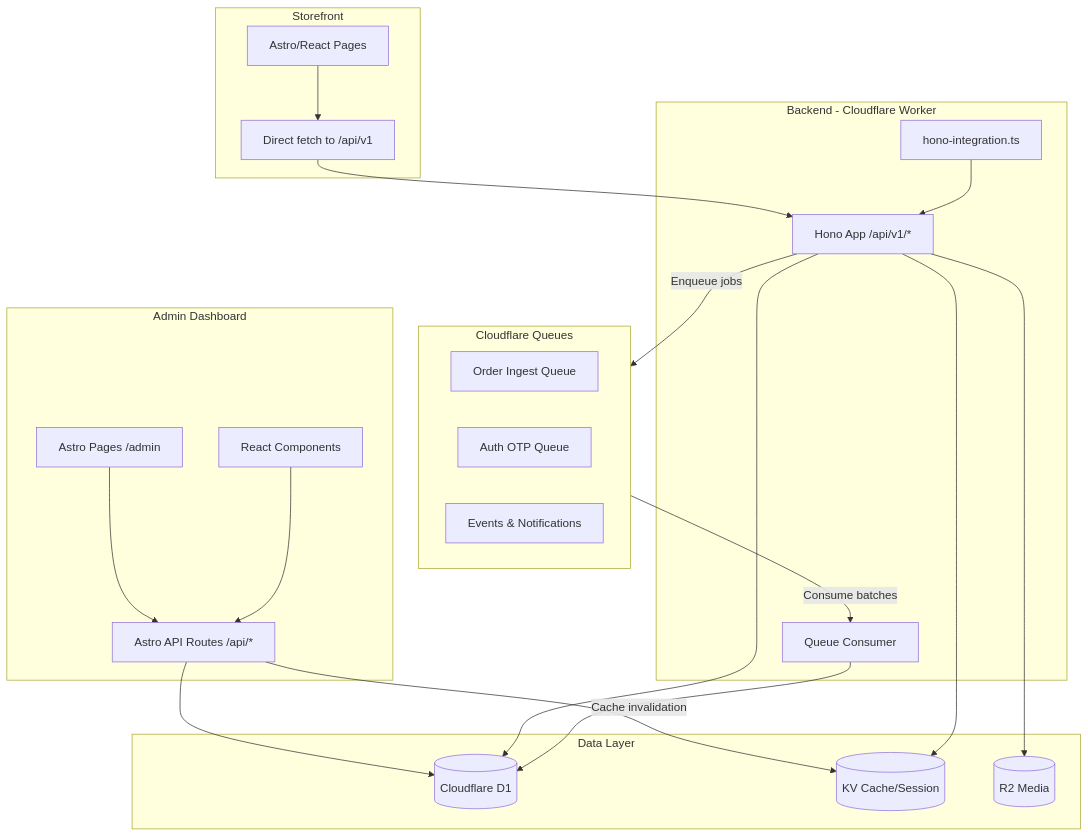
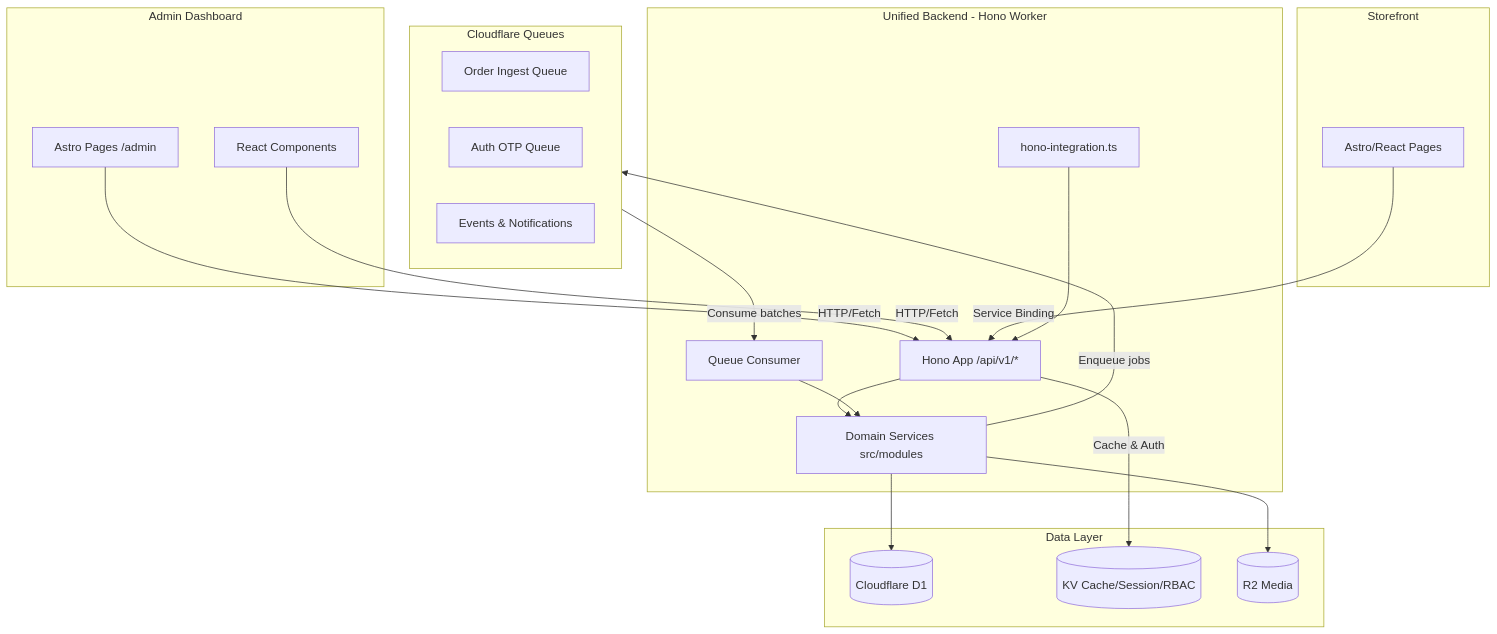
Before and after one commit to scaliuslabs/scalius-commerce-lite: the diagram in README.MD, drawn with Mermaid. The commit also changed other lines of this file, not shown here.

Commit message:
docs: align README with Unified Hono API architecture - Remove historical context regarding Astro API endpoint migration - Update architecture diagram to show Domain Modules and D1 interaction - Document the single Unified API router `/api/v1`

````diff
--- a/README.MD
+++ b/README.MD
@@ -97,45 +96,42 @@
 ```mermaid
 flowchart TB
     subgraph Admin [Admin Dashboard]
         AdminPages[Astro Pages /admin]
         AdminComponents[React Components]
-        AdminAPI[Astro API Routes /api/*]
     end
 
     subgraph Storefront [Storefront]
         StorefrontPages[Astro/React Pages]
-        StorefrontAPI[Direct fetch to /api/v1]
     end
 
-    subgraph Backend [Backend - Cloudflare Worker]
+    subgraph Backend [Unified Backend - Hono Worker]
         HonoApp[Hono App /api/v1/*]
         AstroIntegration[hono-integration.ts]
+        DomainModules[Domain Services src/modules]
         QueueConsumer[Queue Consumer]
     end
 
     subgraph Queues [Cloudflare Queues]
         OrderQueue[Order Ingest Queue]
         AuthOTPQueue[Auth OTP Queue]
         NotificationQueue[Events & Notifications]
     end
 
     subgraph Data [Data Layer]
         D1[(Cloudflare D1)]
-        KV[(KV Cache/Session)]
+        KV[(KV Cache/Session/RBAC)]
         R2[(R2 Media)]
     end
 
-    AdminPages --> AdminAPI
-    AdminComponents --> AdminAPI
-    AdminAPI --> D1
-    AdminAPI -->|Cache invalidation| KV
-    StorefrontPages --> StorefrontAPI
-    StorefrontAPI --> HonoApp
+    AdminPages -->|HTTP/Fetch| HonoApp
+    AdminComponents -->|HTTP/Fetch| HonoApp
+    StorefrontPages -->|Service Binding| HonoApp
     AstroIntegration --> HonoApp
-    HonoApp --> D1
-    HonoApp --> KV
-    HonoApp --> R2
-    HonoApp -->|Enqueue jobs| Queues
+    HonoApp --> DomainModules
+    DomainModules --> D1
+    HonoApp -->|Cache & Auth| KV
+    DomainModules --> R2
+    DomainModules -->|Enqueue jobs| Queues
     Queues -->|Consume batches| QueueConsumer
-    QueueConsumer --> D1
+    QueueConsumer --> DomainModules
 ```
````
